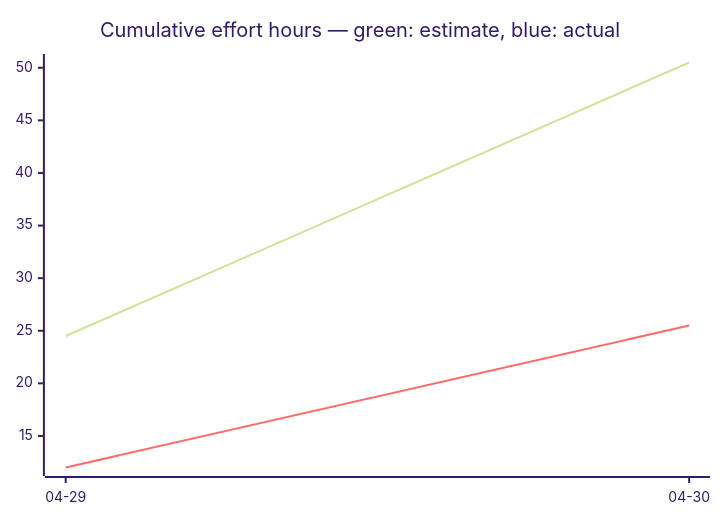
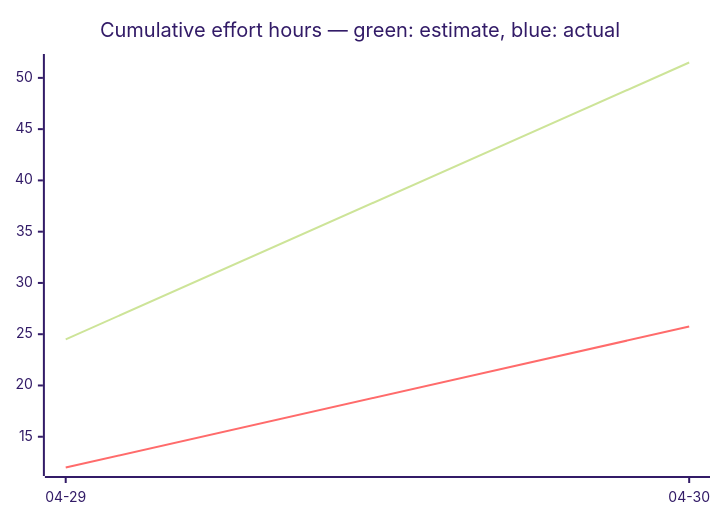
Before and after one commit to tgd1975/AwesomeStudioPedal: the third of 3 diagrams in docs/developers/tasks/OVERVIEW.md, drawn with Mermaid (forest theme). The commit also changed other lines of this file and 5 other files, not shown here.

````diff
--- a/docs/developers/tasks/OVERVIEW.md
+++ b/docs/developers/tasks/OVERVIEW.md
@@ -38,7 +38,7 @@
 ```mermaid
 xychart-beta
     title "Cumulative effort hours — green: estimate, blue: actual"
     x-axis ["04-29", "04-30"]
-    line [24.5, 50.5]
-    line [12, 25.5]
+    line [24.5, 51.5]
+    line [12, 25.75]
 ```
````
